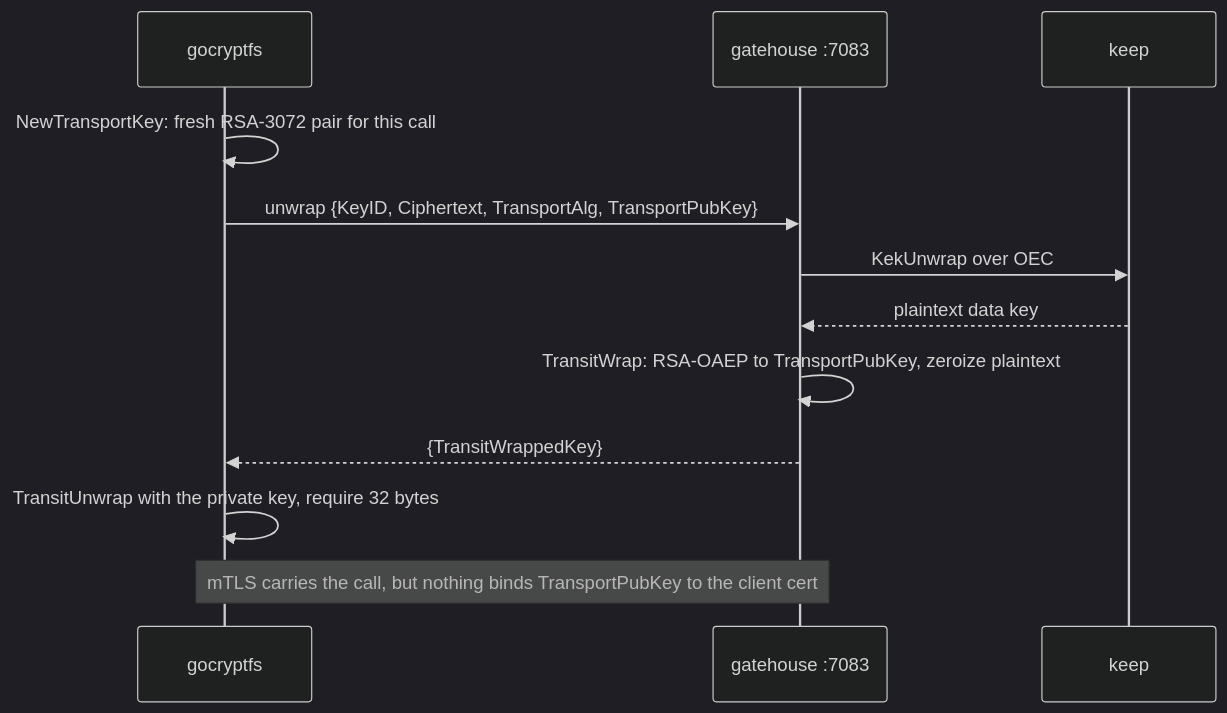
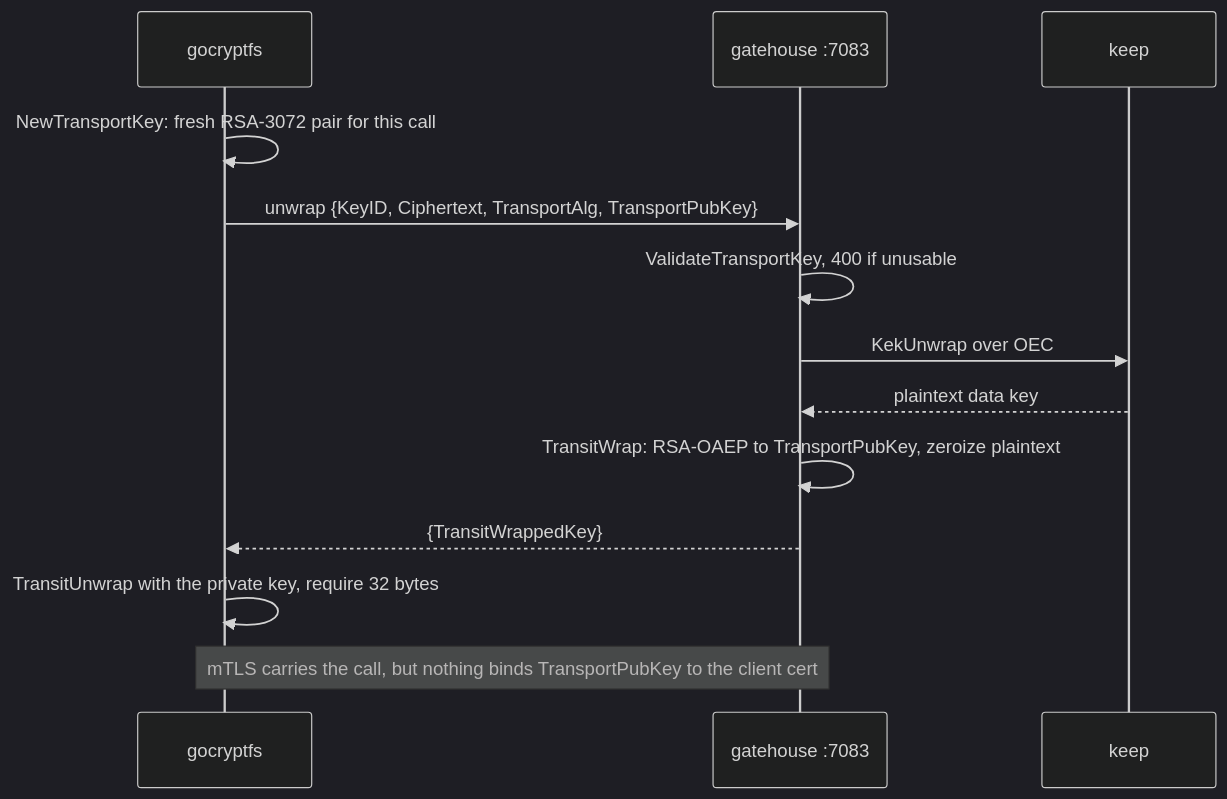
The fourth of 7 diagrams in Documentation/tkfs-v2-review-guide.md (TrustedKeep/gocryptfs), drawn with Mermaid (dark theme) before and after one commit. The commit also changed other lines of this file and 2 other files, not shown here.

````diff
--- a/Documentation/tkfs-v2-review-guide.md
+++ b/Documentation/tkfs-v2-review-guide.md
@@ -162,14 +164,15 @@
 ```mermaid
 sequenceDiagram
   participant T as gocryptfs
   participant G as gatehouse :7083
   participant K as keep
   T->>T: NewTransportKey: fresh RSA-3072 pair for this call
   T->>G: unwrap {KeyID, Ciphertext, TransportAlg, TransportPubKey}
+  G->>G: ValidateTransportKey, 400 if unusable
   G->>K: KekUnwrap over OEC
   K-->>G: plaintext data key
   G->>G: TransitWrap: RSA-OAEP to TransportPubKey, zeroize plaintext
   G-->>T: {TransitWrappedKey}
   T->>T: TransitUnwrap with the private key, require 32 bytes
   Note over T,G: mTLS carries the call, but nothing binds TransportPubKey to the client cert
 ```
````
